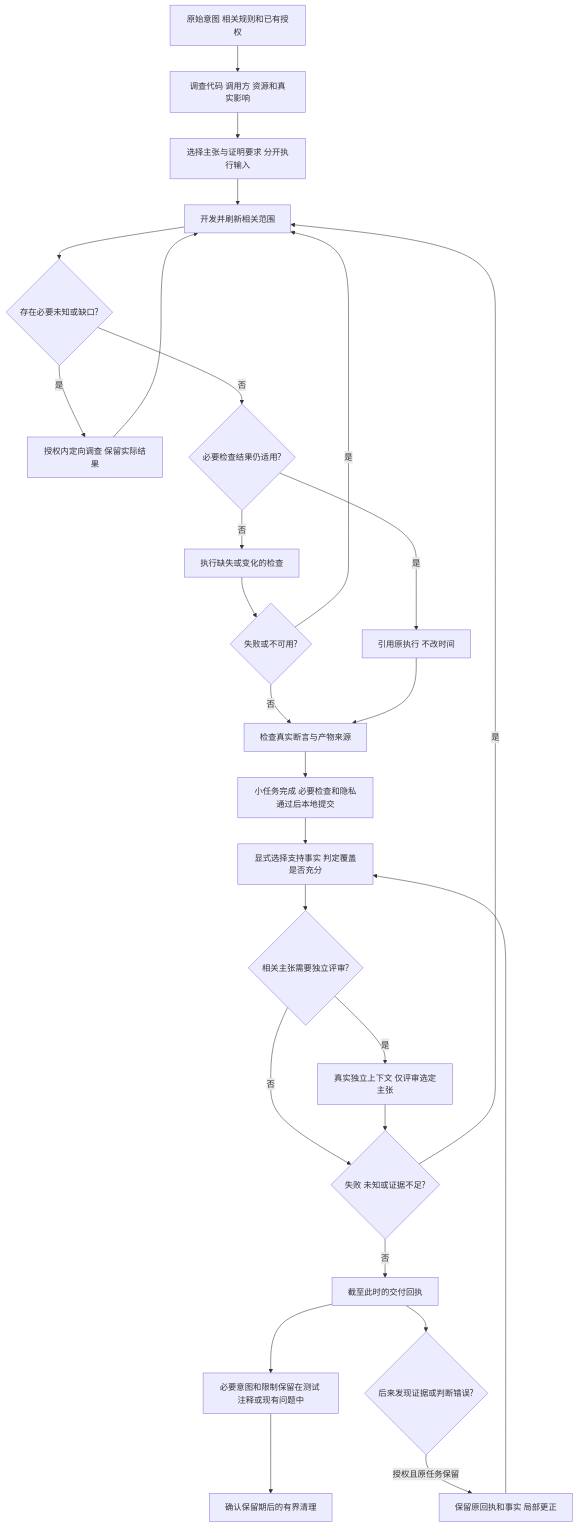
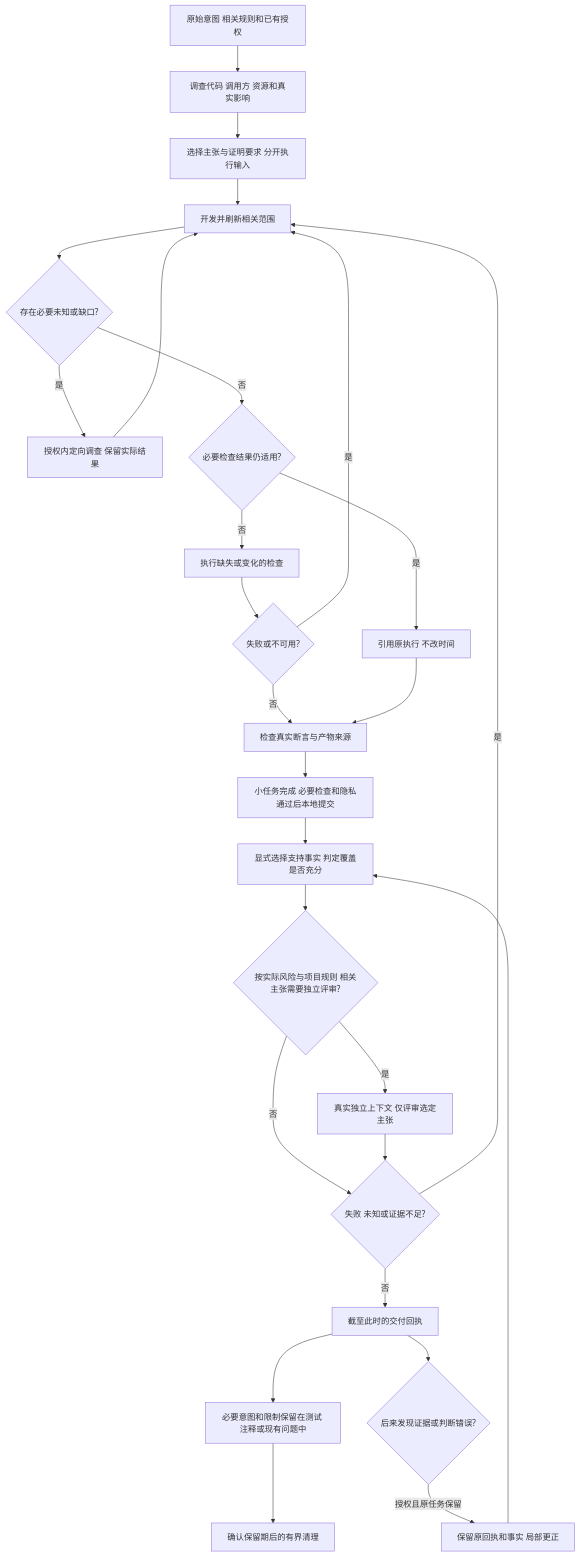
Before and after one commit to P3rryW4ng/featrace-dev: the diagram in docs/usage.md, drawn with Mermaid. The commit also changed other lines of this file and 15 other files, not shown here.

````diff
--- a/docs/usage.md
+++ b/docs/usage.md
@@ -9,29 +9,29 @@
 ```mermaid
 flowchart TD
  A[原始意图 相关规则和已有授权] --> B[调查代码 调用方 资源和真实影响]
  B --> C[选择主张与证明要求 分开执行输入]
  C --> D[开发并刷新相关范围]
  D --> E{存在必要未知或缺口?}
  E -->|是| F[授权内定向调查 保留实际结果]
  F --> D
  E -->|否| G{必要检查结果仍适用?}
  G -->|是| H[引用原执行 不改时间]
  G -->|否| I[执行缺失或变化的检查]
  I --> J{失败或不可用?}
  J -->|是| D
  J -->|否| K[检查真实断言与产物来源]
  H --> K
  K --> L[小任务完成 必要检查和隐私通过后本地提交]
  L --> M[显式选择支持事实 判定覆盖是否充分]
- M --> N{相关主张需要独立评审?}
+ M --> N{按实际风险与项目规则 相关主张需要独立评审?}
  N -->|是| O[真实独立上下文 仅评审选定主张]
  N -->|否| P{失败 未知或证据不足?}
  O --> P
  P -->|是| D
  P -->|否| Q[截至此时的交付回执]
  Q --> U[必要意图和限制保留在测试 注释或现有问题中]
  U --> R[确认保留期后的有界清理]
  Q --> S{后来发现证据或判断错误?}
  S -->|授权且原任务保留| T[保留原回执和事实 局部更正]
  T --> M
 ```
````
